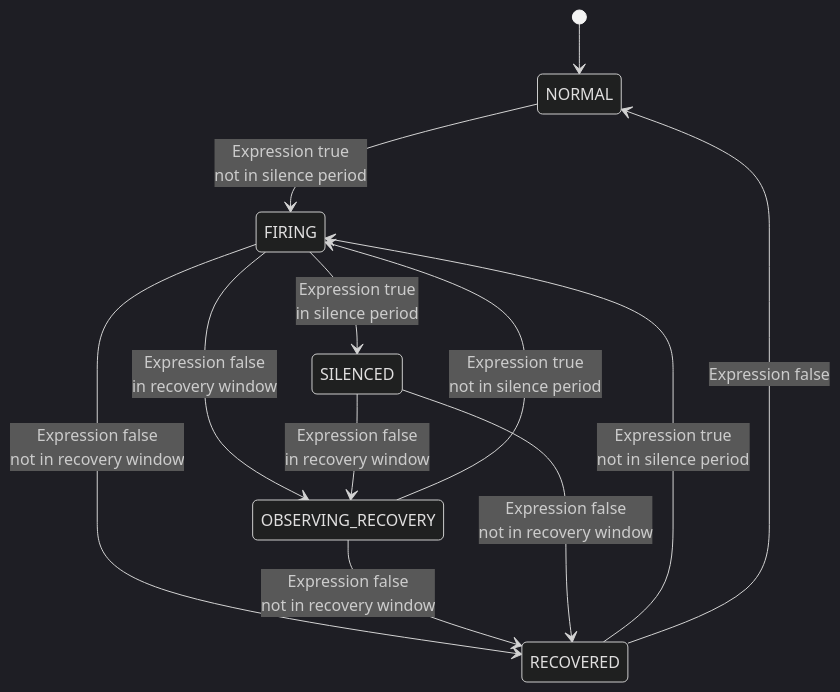
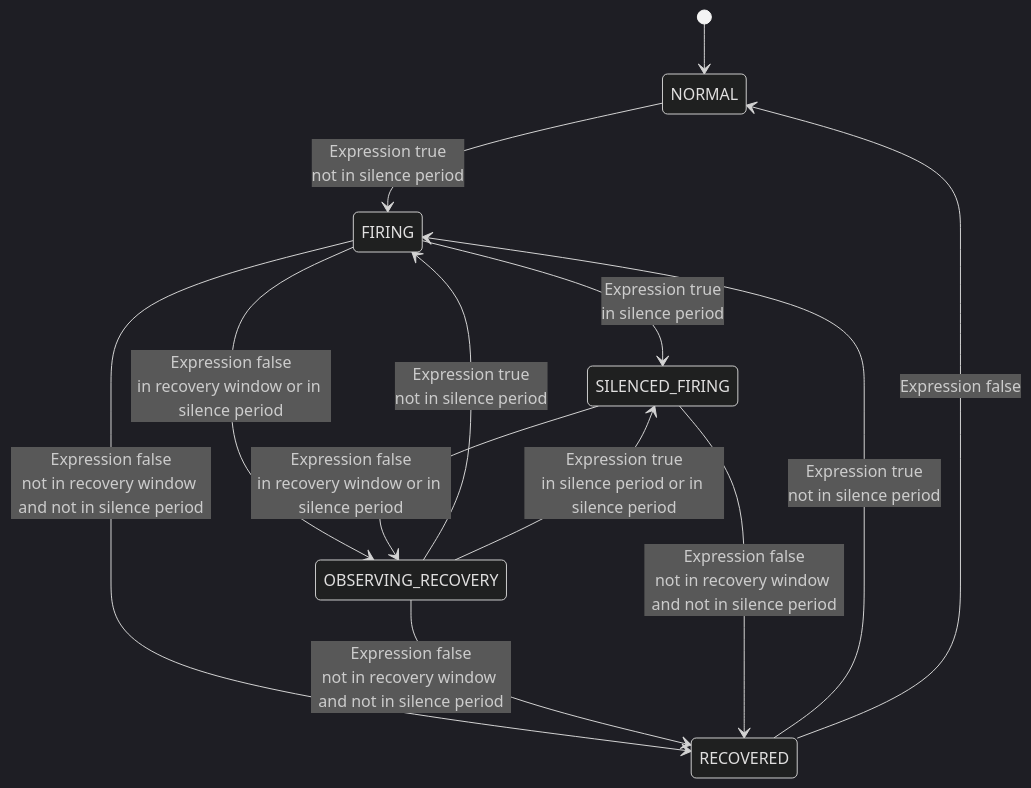
The diagram in docs/en/setup/backend/backend-alarm.md (apache/skywalking), drawn with Mermaid (dark theme) before and after one commit. The commit also changed other lines of this file and 6 other files, not shown here.

````diff
--- a/docs/en/setup/backend/backend-alarm.md
+++ b/docs/en/setup/backend/backend-alarm.md
@@ -521,18 +522,19 @@
 ```mermaid
 stateDiagram-v2
     [*] --> NORMAL
     NORMAL --> FIRING: Expression true<br/>not in silence period
     
-    FIRING --> SILENCED: Expression true<br/>in silence period
-    FIRING --> OBSERVING_RECOVERY: Expression false<br/>in recovery window
-    FIRING --> RECOVERED: Expression false<br/>not in recovery window
+    FIRING --> SILENCED_FIRING: Expression true<br/>in silence period
+    FIRING --> OBSERVING_RECOVERY: Expression false<br/>in recovery window or in silence period
+    FIRING --> RECOVERED: Expression false<br/>not in recovery window and not in silence period
   
     OBSERVING_RECOVERY --> FIRING: Expression true<br/>not in silence period
-    OBSERVING_RECOVERY --> RECOVERED: Expression false<br/>not in recovery window
+    OBSERVING_RECOVERY --> SILENCED_FIRING: Expression true<br/>in silence period or in silence period
+    OBSERVING_RECOVERY --> RECOVERED: Expression false<br/>not in recovery window and not in silence period
 
-    SILENCED --> RECOVERED: Expression false<br/>not in recovery window
-    SILENCED --> OBSERVING_RECOVERY: Expression false<br/>in recovery window
+    SILENCED_FIRING --> RECOVERED: Expression false<br/>not in recovery window and not in silence period
+    SILENCED_FIRING --> OBSERVING_RECOVERY: Expression false<br/>in recovery window or in silence period
 
     RECOVERED --> FIRING: Expression true<br/>not in silence period
     RECOVERED --> NORMAL: Expression false
 ```
````
